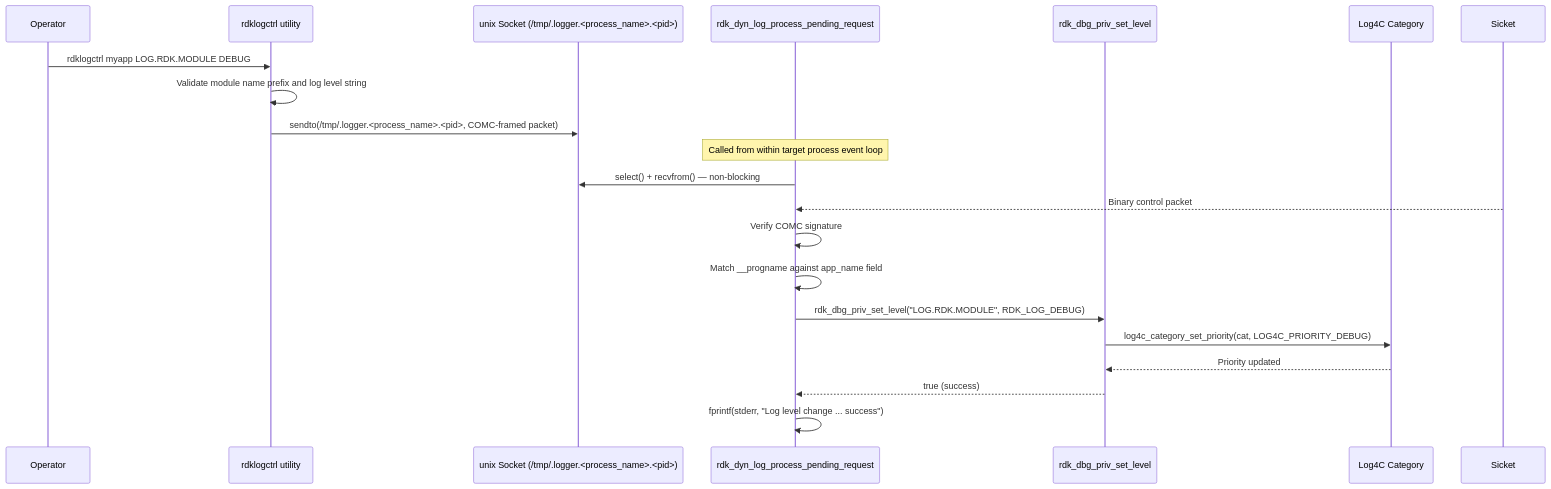
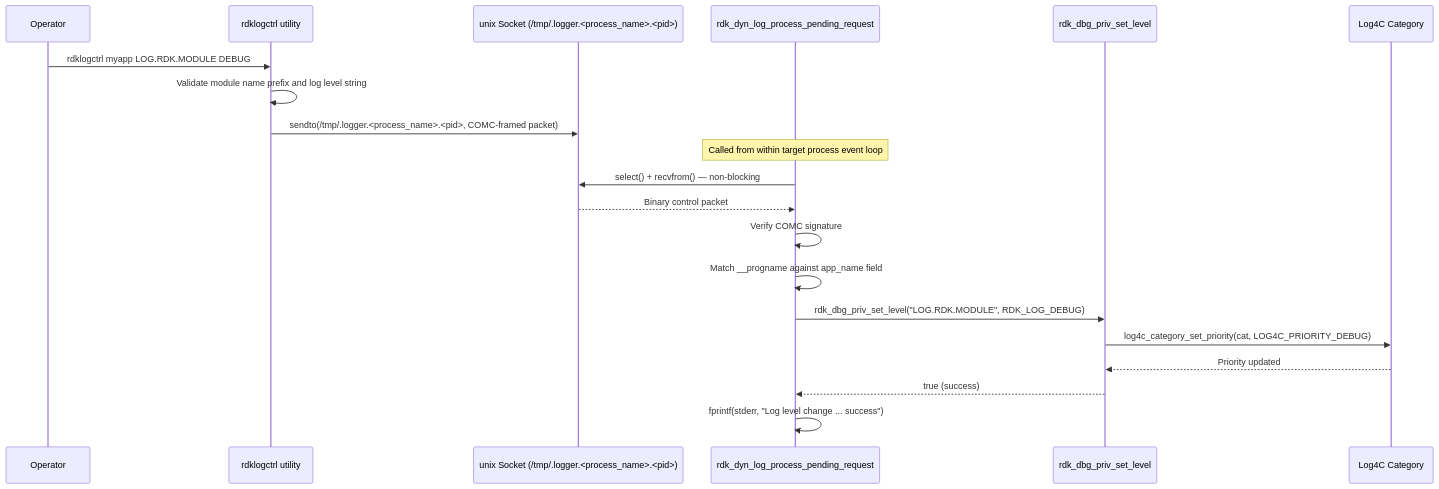
Before and after one commit to rdkcentral/rdk_logger: the sixth of 8 diagrams in docs/README.md, drawn with Mermaid. The commit also changed other lines of this file and 1 other file, not shown here.

````diff
--- a/docs/README.md
+++ b/docs/README.md
@@ -271,23 +271,23 @@
 ```mermaid
 sequenceDiagram
     participant Admin as Operator
     participant Ctrl as rdklogctrl utility
     participant Socket as unix Socket (/tmp/.logger.<process_name>.<pid>)
     participant Listener as rdk_dyn_log_process_pending_request
     participant Reconfig as rdk_dbg_priv_set_level
     participant Log4C as Log4C Category
 
     Admin->>Ctrl: rdklogctrl myapp LOG.RDK.MODULE DEBUG
     Ctrl->>Ctrl: Validate module name prefix and log level string
     Ctrl->>Socket: sendto(/tmp/.logger.<process_name>.<pid>, COMC-framed packet)
     Note over Listener: Called from within target process event loop
     Listener->>Socket: select() + recvfrom() — non-blocking
-    Sicket-->>Listener: Binary control packet
+    Socket-->>Listener: Binary control packet
     Listener->>Listener: Verify COMC signature
     Listener->>Listener: Match __progname against app_name field
     Listener->>Reconfig: rdk_dbg_priv_set_level("LOG.RDK.MODULE", RDK_LOG_DEBUG)
     Reconfig->>Log4C: log4c_category_set_priority(cat, LOG4C_PRIORITY_DEBUG)
     Log4C-->>Reconfig: Priority updated
     Reconfig-->>Listener: true (success)
     Listener->>Listener: fprintf(stderr, "Log level change ... success")
 ```
````
